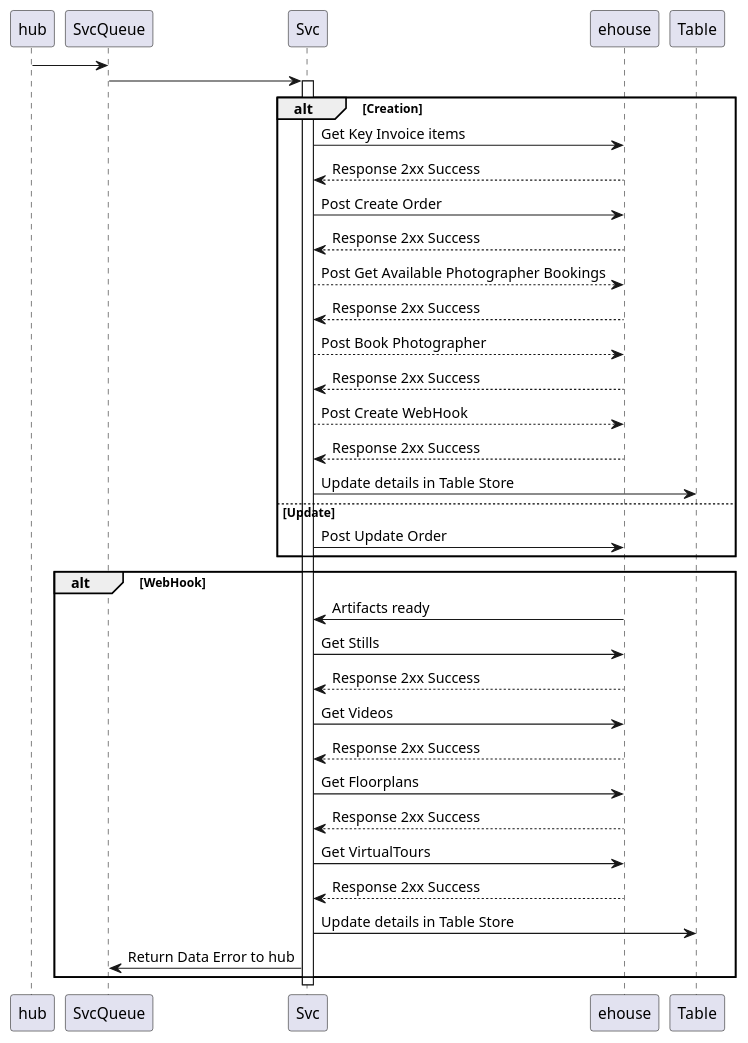
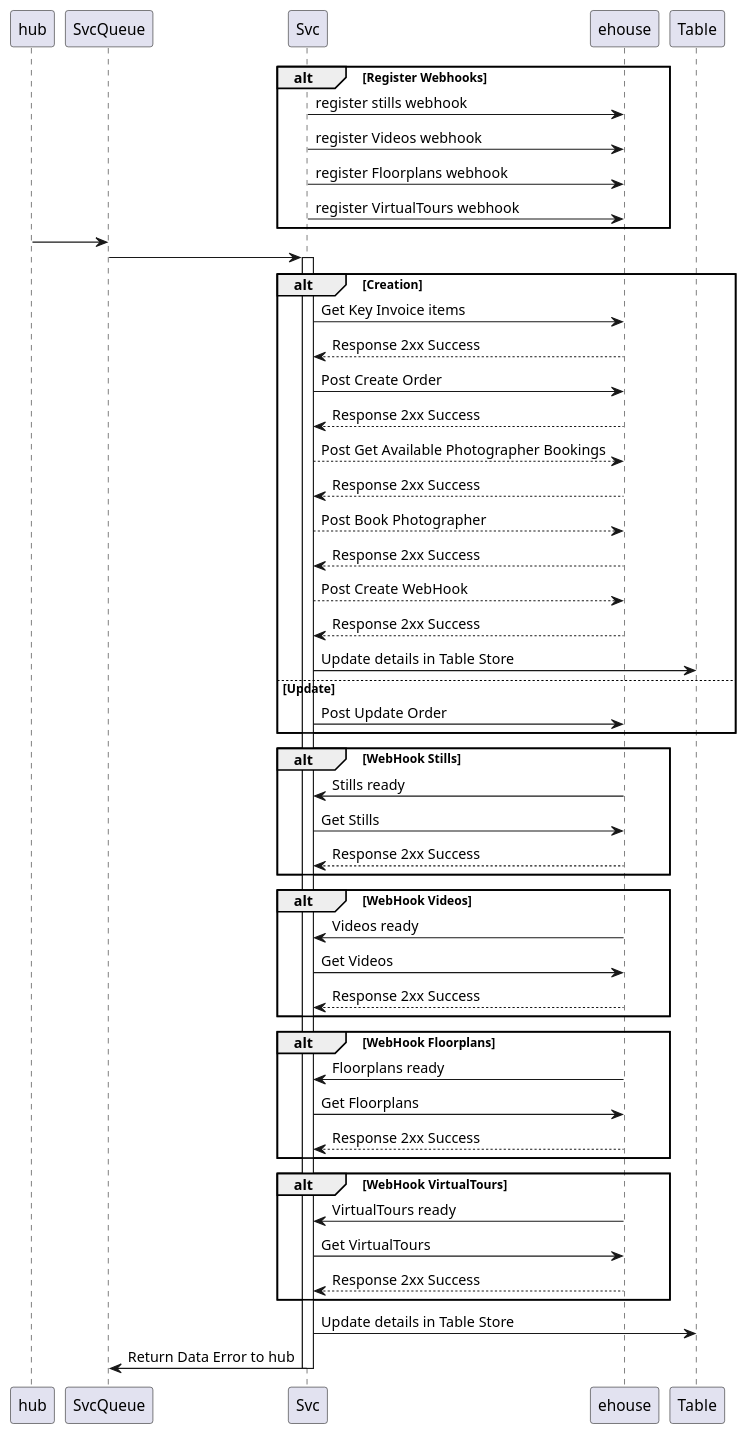
One commit to Kf-GaryNewport/Kf-GaryNewport.github.io changed the diagram in assets/eHouse/Order-seq.puml. Above: the diagram before and after it, drawn with PlantUML.

```diff
--- a/assets/eHouse/Order-seq.puml
+++ b/assets/eHouse/Order-seq.puml
@@ -1,48 +1,74 @@
 @startuml ehouse Order Sequence
+
+participant hub
+participant SvcQueue
+participant Svc
+participant ehouse
+participant Table
+
+alt Register Webhooks
+Svc -> ehouse : register stills webhook
+Svc -> ehouse : register Videos webhook
+Svc -> ehouse : register Floorplans webhook
+Svc -> ehouse : register VirtualTours webhook
+end 
+
 
 hub -> SvcQueue
 SvcQueue -> Svc
 Activate Svc
 
 alt Creation
 Svc -> ehouse : Get Key Invoice items
 Svc <-- ehouse : Response 2xx Success
 
 
 Svc -> ehouse : Post Create Order 
 Svc <-- ehouse : Response 2xx Success
 Svc --> ehouse : Post Get Available Photographer Bookings
 Svc <-- ehouse : Response 2xx Success
 Svc --> ehouse : Post Book Photographer
 Svc <-- ehouse : Response 2xx Success
 Svc --> ehouse : Post Create WebHook
 Svc <-- ehouse : Response 2xx Success
 
 Svc -> Table : Update details in Table Store
 
 else Update
 Svc -> ehouse : Post Update Order
 end
 
 
-
-alt WebHook
-ehouse -> Svc : Artifacts ready
+alt WebHook Stills
+ehouse -> Svc : Stills ready
 Svc -> ehouse : Get Stills
 Svc <-- ehouse : Response 2xx Success
+end
+
+alt WebHook Videos
+ehouse -> Svc : Videos ready
 Svc -> ehouse : Get Videos
 Svc <-- ehouse : Response 2xx Success
+end
+
+alt WebHook Floorplans
+ehouse -> Svc : Floorplans ready
 Svc -> ehouse : Get Floorplans
 Svc <-- ehouse : Response 2xx Success
+end
+
+alt WebHook VirtualTours
+ehouse -> Svc : VirtualTours ready
 Svc -> ehouse : Get VirtualTours
 Svc <-- ehouse : Response 2xx Success
+end
 
 Svc -> Table : Update details in Table Store
 Svc -> SvcQueue : Return Data Error to hub
-end
+
 
 Deactivate Svc
 
 
 
 @enduml
```
